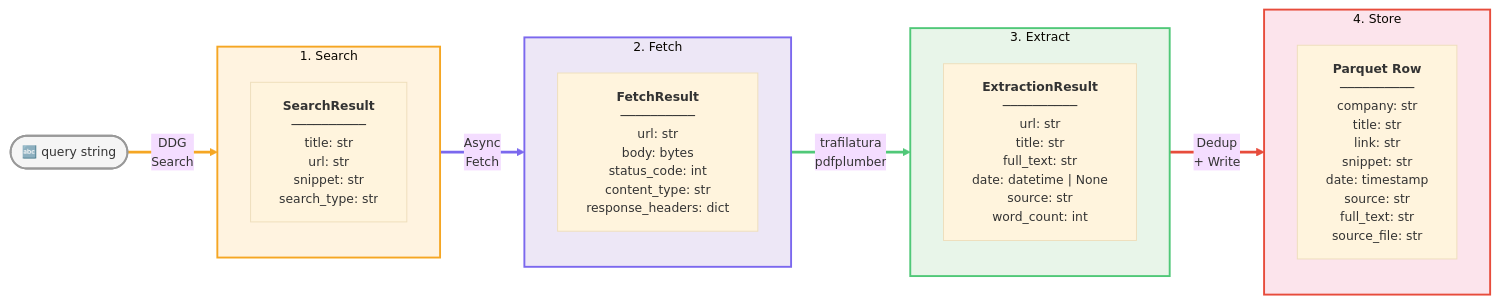
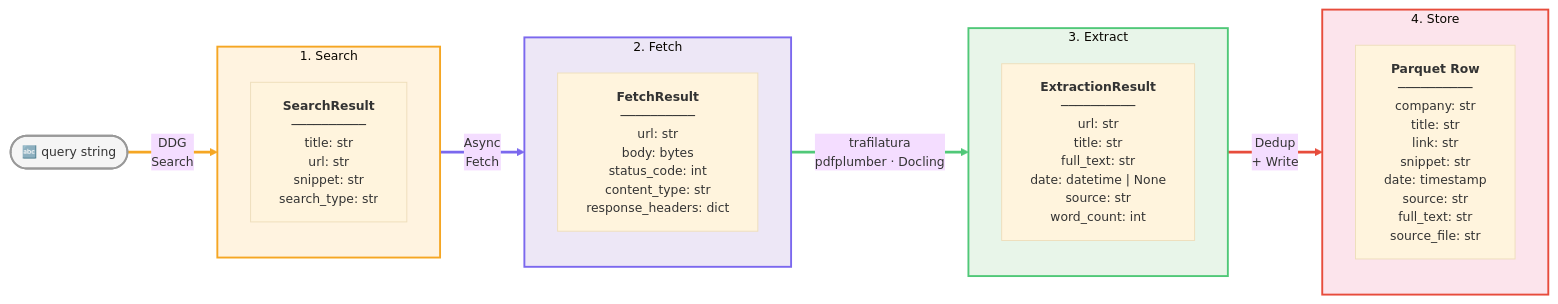
One commit to HydrAI/financial_webscrap changed the third of 6 diagrams in docs/architecture.md. Above: the diagram before and after it, drawn with Mermaid. The commit also changed other lines of this file and 14 other files, not shown here.

````diff
--- a/docs/architecture.md
+++ b/docs/architecture.md
@@ -115,37 +134,37 @@
 ```mermaid
 %%{init: {'theme': 'base', 'themeVariables': {'fontSize': '13px'}}}%%
 flowchart LR
     Q(["🔤 query string"]):::grey
 
     subgraph S1["&nbsp; 1. Search &nbsp;"]
         SR["<b>SearchResult</b>\n──────────\ntitle: str\nurl: str\nsnippet: str\nsearch_type: str"]
     end
 
     subgraph S2["&nbsp; 2. Fetch &nbsp;"]
         FR["<b>FetchResult</b>\n──────────\nurl: str\nbody: bytes\nstatus_code: int\ncontent_type: str\nresponse_headers: dict"]
     end
 
     subgraph S3["&nbsp; 3. Extract &nbsp;"]
         ER["<b>ExtractionResult</b>\n──────────\nurl: str\ntitle: str\nfull_text: str\ndate: datetime | None\nsource: str\nword_count: int"]
     end
 
     subgraph S4["&nbsp; 4. Store &nbsp;"]
         PR["<b>Parquet Row</b>\n──────────\ncompany: str\ntitle: str\nlink: str\nsnippet: str\ndate: timestamp\nsource: str\nfull_text: str\nsource_file: str"]
     end
 
     Q ==>|"DDG\nSearch"| S1
     S1 ==>|"Async\nFetch"| S2
-    S2 ==>|"trafilatura\npdfplumber"| S3
+    S2 ==>|"trafilatura\npdfplumber · Docling"| S3
     S3 ==>|"Dedup\n+ Write"| S4
 
     classDef grey fill:#f5f5f5,stroke:#999,stroke-width:2px
     style S1 fill:#fff3e0,stroke:#f5a623,stroke-width:2px
     style S2 fill:#ede7f6,stroke:#7b68ee,stroke-width:2px
     style S3 fill:#e8f5e9,stroke:#50c878,stroke-width:2px
     style S4 fill:#fce4ec,stroke:#e74c3c,stroke-width:2px
 
     linkStyle 0 stroke:#f5a623,stroke-width:3px
     linkStyle 1 stroke:#7b68ee,stroke-width:3px
     linkStyle 2 stroke:#50c878,stroke-width:3px
     linkStyle 3 stroke:#e74c3c,stroke-width:3px
 ```
````
